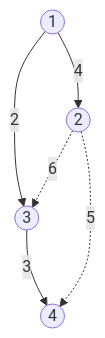
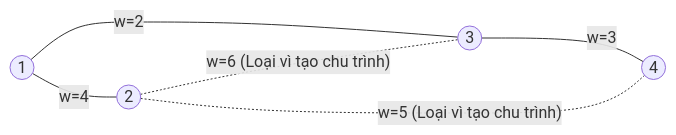
One commit to FPTOJ-OJ/fptoj_wiki changed the fourth of 4 diagrams in docs/lessons/dsu.md. Above: the diagram before and after it, drawn with Mermaid. The commit also changed other lines of this file and 18 other files, not shown here.

First line of the commit message:
fix: LaTeX errors, mermaid theme switching, remove custom colors

````diff
--- a/docs/lessons/dsu.md
+++ b/docs/lessons/dsu.md
@@ -719,12 +518,10 @@
 ```mermaid
-graph TD
-    1(("1"))
-    2(("2"))
-    3(("3"))
-    4(("4"))
-    1 -->|"2"| 3
-    3 -->|"3"| 4
-    1 -->|"4"| 2
-    2 -.->|"5"| 4
-    2 -.->|"6"| 3
+graph LR
+    1(("1")) ---|"w=2"| 3(("3"))
+    3 ---|"w=3"| 4(("4"))
+    1 ---|"w=4"| 2(("2"))
+    2 -.-|"w=5 (Loại vì tạo chu trình)"| 4
+    2 -.-|"w=6 (Loại vì tạo chu trình)"| 3
+    
+
 ```
````
